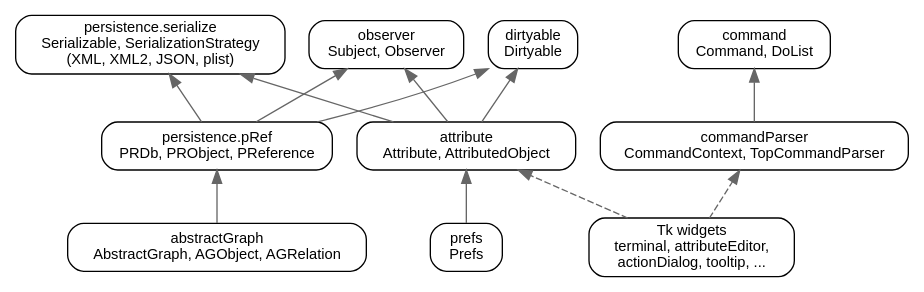
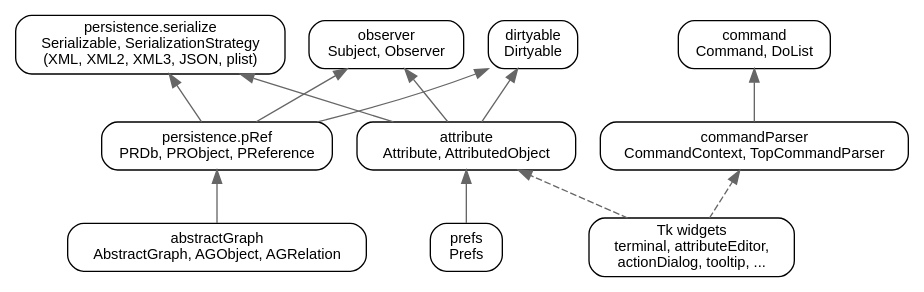
The diagram in sphinx/source/developer/overview.rst (robkremer/pythonUtils), drawn with Graphviz before and after one commit. The commit also changed 10 other files, not shown here.

```diff
--- a/sphinx/source/developer/overview.rst
+++ b/sphinx/source/developer/overview.rst
@@ -8,24 +8,24 @@
 .. graphviz::
 
    digraph layers {
      rankdir=BT;
      node [shape=box, style=rounded, fontname="Helvetica", fontsize=11];
      edge [color="gray40"];
-     serialize [label="persistence.serialize\nSerializable, SerializationStrategy\n(XML, XML2, JSON, plist)"];
+     serialize [label="persistence.serialize\nSerializable, SerializationStrategy\n(XML, XML2, XML3, JSON, plist)"];
      pRef [label="persistence.pRef\nPRDb, PRObject, PReference"];
      observer [label="observer\nSubject, Observer"];
      dirtyable [label="dirtyable\nDirtyable"];
      attribute [label="attribute\nAttribute, AttributedObject"];
      prefs [label="prefs\nPrefs"];
      agraph [label="abstractGraph\nAbstractGraph, AGObject, AGRelation"];
      command [label="command\nCommand, DoList"];
      parser [label="commandParser\nCommandContext, TopCommandParser"];
      widgets [label="Tk widgets\nterminal, attributeEditor,\nactionDialog, tooltip, ..."];
      pRef -> serialize; pRef -> observer; pRef -> dirtyable;
      attribute -> serialize; attribute -> observer; attribute -> dirtyable;
      prefs -> attribute;
      agraph -> pRef;
      parser -> command;
      widgets -> attribute [style=dashed];
      widgets -> parser [style=dashed];
    }
```
